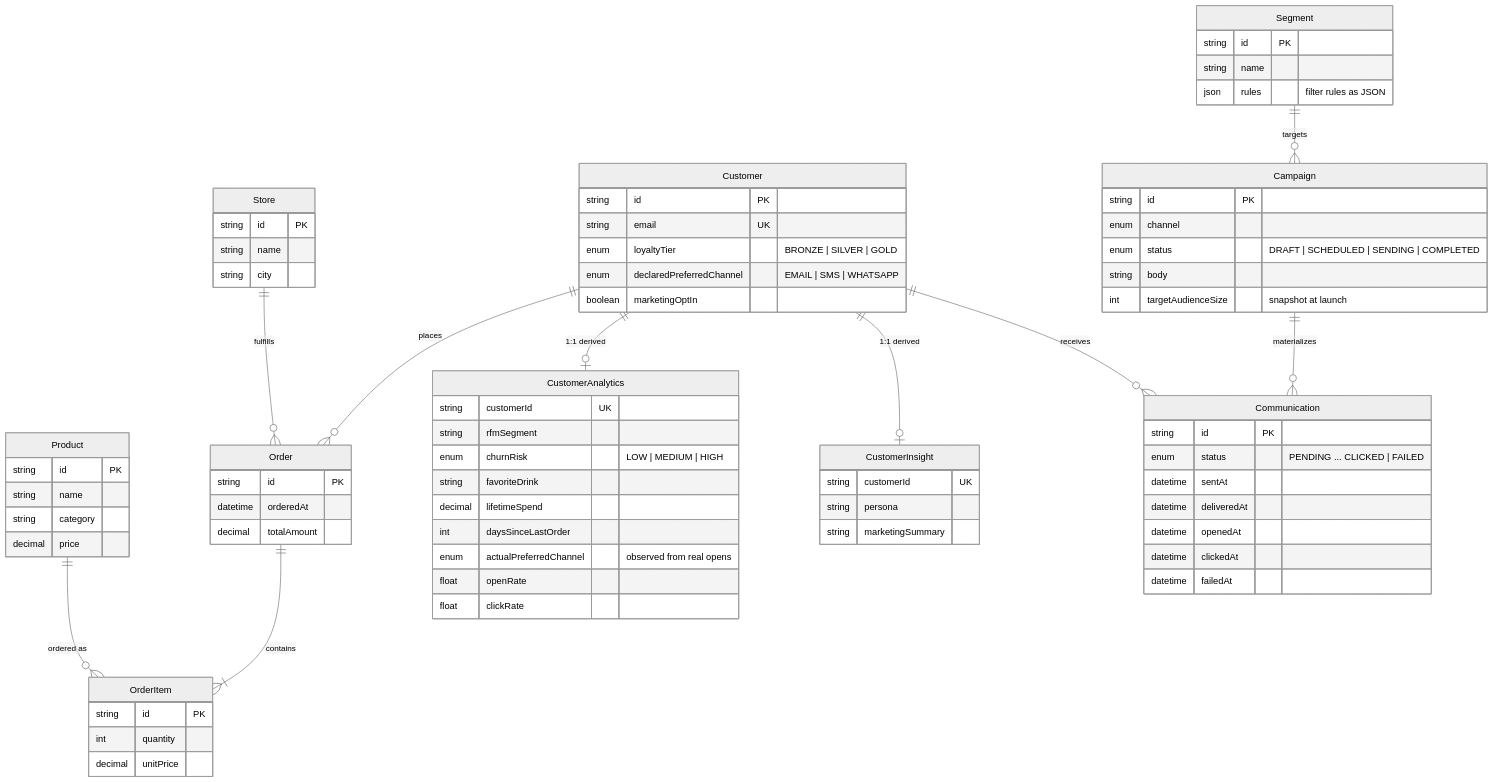
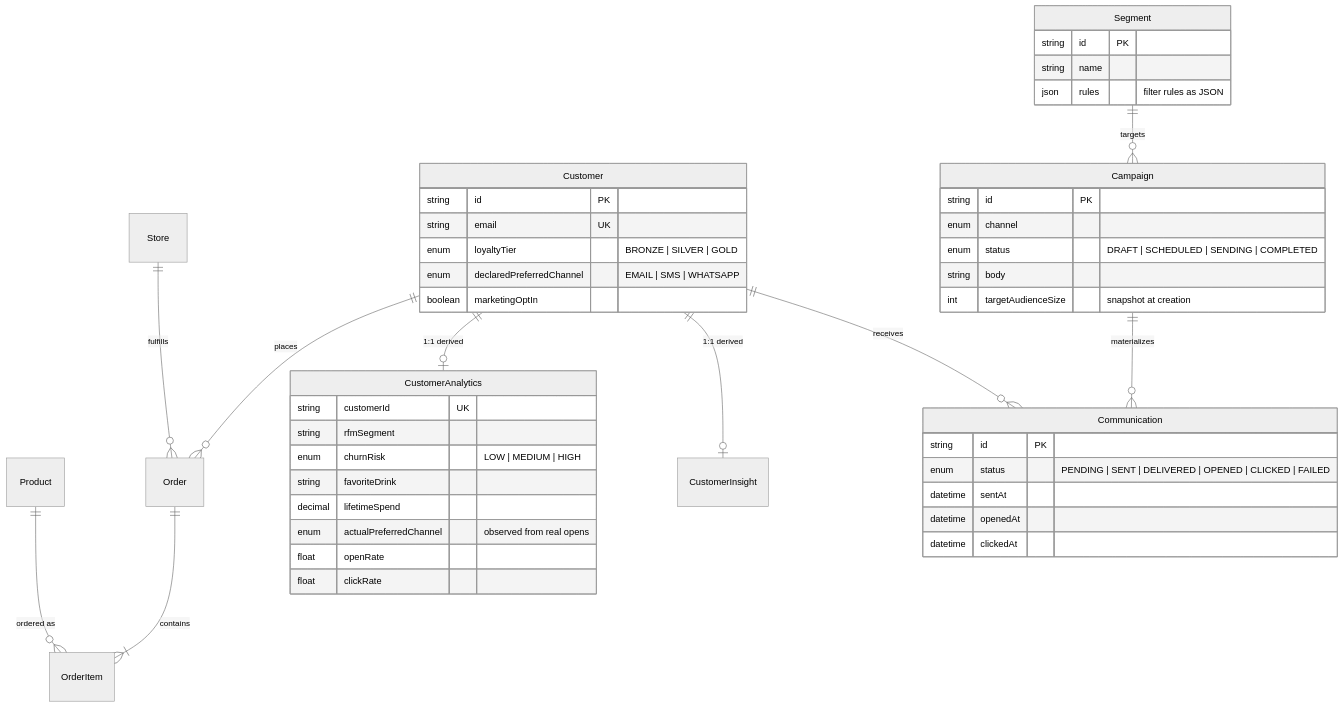
Before and after one commit to RUDRA-PRATAP-SINGH01/barista-engage-api: the tenth of 13 diagrams in README.md, drawn with Mermaid (neutral theme). The commit also changed other lines of this file and 46 other files, not shown here.

````diff
--- a/README.md
+++ b/README.md
@@ -62,78 +588,49 @@
 ```mermaid
 erDiagram
     Customer ||--o{ Order : "places"
     Order ||--|{ OrderItem : "contains"
     Product ||--o{ OrderItem : "ordered as"
     Store ||--o{ Order : "fulfills"
     Customer ||--o| CustomerAnalytics : "1:1 derived"
     Customer ||--o| CustomerInsight : "1:1 derived"
     Segment ||--o{ Campaign : "targets"
     Campaign ||--o{ Communication : "materializes"
     Customer ||--o{ Communication : "receives"
 
     Customer {
         string id PK
         string email UK
         enum loyaltyTier "BRONZE | SILVER | GOLD"
         enum declaredPreferredChannel "EMAIL | SMS | WHATSAPP"
         boolean marketingOptIn
     }
-    Order {
-        string id PK
-        datetime orderedAt
-        decimal totalAmount
-    }
-    OrderItem {
-        string id PK
-        int quantity
-        decimal unitPrice
-    }
-    Product {
-        string id PK
-        string name
-        string category
-        decimal price
-    }
-    Store {
-        string id PK
-        string name
-        string city
-    }
     Segment {
         string id PK
         string name
         json rules "filter rules as JSON"
     }
     Campaign {
         string id PK
         enum channel
         enum status "DRAFT | SCHEDULED | SENDING | COMPLETED"
         string body
-        int targetAudienceSize "snapshot at launch"
+        int targetAudienceSize "snapshot at creation"
     }
     Communication {
         string id PK
-        enum status "PENDING ... CLICKED | FAILED"
+        enum status "PENDING | SENT | DELIVERED | OPENED | CLICKED | FAILED"
         datetime sentAt
-        datetime deliveredAt
         datetime openedAt
         datetime clickedAt
-        datetime failedAt
     }
     CustomerAnalytics {
         string customerId UK
         string rfmSegment
         enum churnRisk "LOW | MEDIUM | HIGH"
         string favoriteDrink
         decimal lifetimeSpend
-        int daysSinceLastOrder
         enum actualPreferredChannel "observed from real opens"
         float openRate
         float clickRate
     }
-    CustomerInsight {
-        string customerId UK
-        string persona
-        string marketingSummary
-    }
 ```
````
